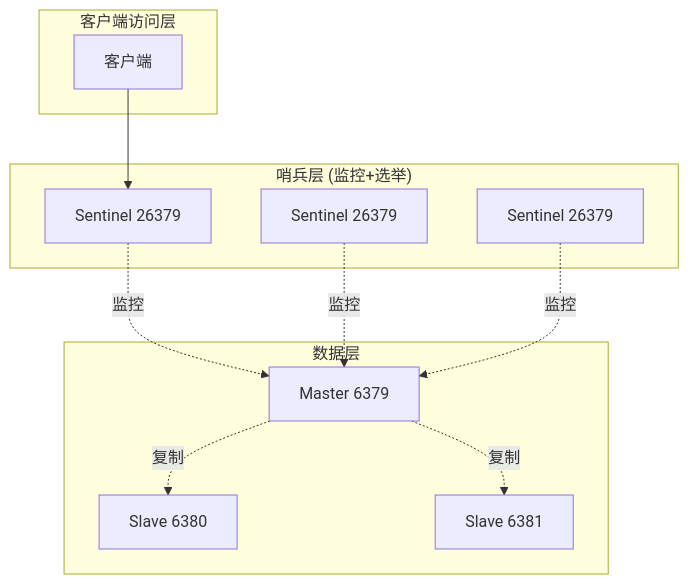
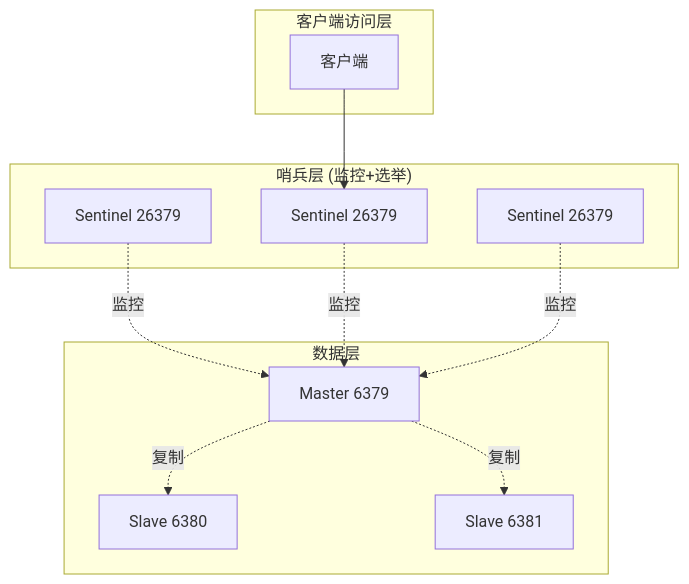
Before and after one commit to wrwwww/mark: the second of 4 diagrams in 学习笔记/linux/Redis.md, drawn with Mermaid. The commit also changed other lines of this file and 8 other files, not shown here.

````diff
--- a/学习笔记/linux/Redis.md
+++ b/学习笔记/linux/Redis.md
@@ -400,23 +446,24 @@
 ```mermaid
 graph TB
     subgraph "客户端访问层"
         A[客户端]
     end  
     subgraph "哨兵层 (监控+选举)"
        S1[Sentinel 26379]
        S2[Sentinel 26379]
        S3[Sentinel 26379]
     end
     subgraph "数据层"
         M[Master 6379]
         S[Slave 6380]
         S2N[Slave 6381]
     end
-    A-->S1
+    
+    A-->S2
     S1-.监控.->M
     S2-.监控.->M
     S3-.监控.->M
     M-.复制.->S
     M-.复制.->S2N
     
 ```
````
